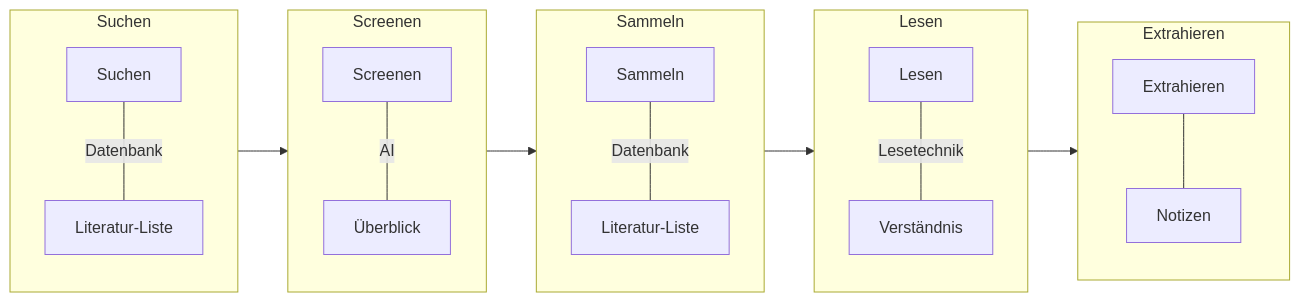
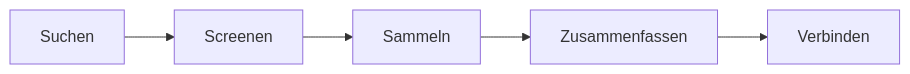
Before and after one commit to sebastiansauer/fopra: the fifth of 7 diagrams in 020-themawahl.qmd, drawn with Mermaid. The commit also changed other lines of this file and 8 other files, not shown here.

````diff
--- a/020-themawahl.qmd
+++ b/020-themawahl.qmd
@@ -291,22 +301,7 @@
 ```{mermaid}
 %%| fig-cap: Der Ablauf der Literaturrecherche
-%%| label: fig-litsearch-tools
+%%| label: fig-litsearch-ablauf
 flowchart LR
-  subgraph S[Suchen]
-    Suchen --- |Datenbank| litdb[Literatur-Liste]
-  end
-  subgraph Sc[Screenen]
-    Screenen --- |AI| lt1[Überblick]
-  end
-  subgraph Sa[Sammeln]
-    Sammeln --- |Datenbank| z1[Literatur-Liste]
-  end
-  subgraph Le[Lesen]
-    Lesen --- |Lesetechnik| lt2[Verständnis]
-  end
-  subgraph E[Extrahieren]
-    Extrahieren --- Notizen
-  end
-    
-S-->Sc-->Sa-->Le-->E
+  Suchen --> Screenen --> Sammeln --> Z[Zusammenfassen] --> Verbinden 
+
 ```
````
